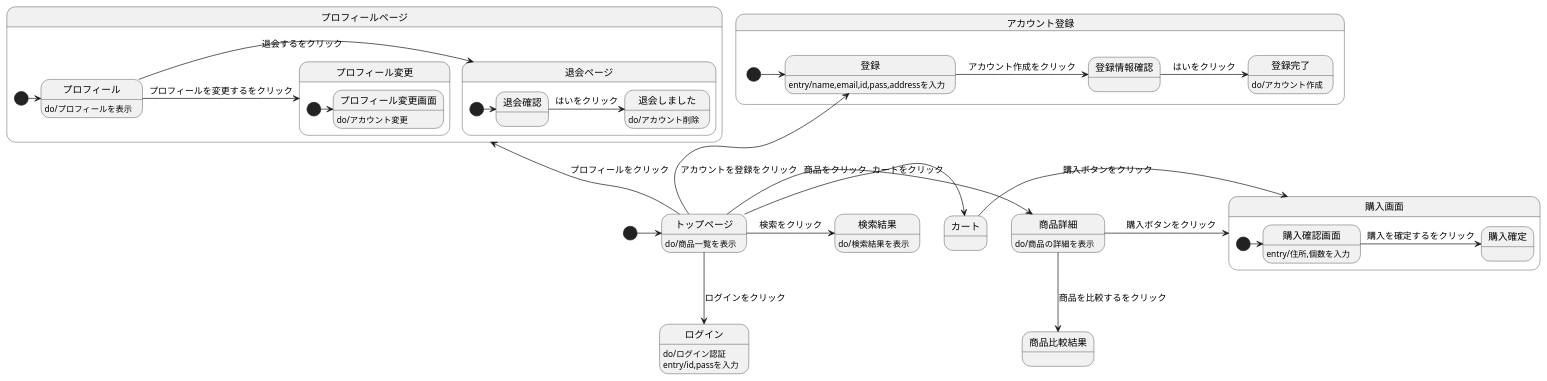
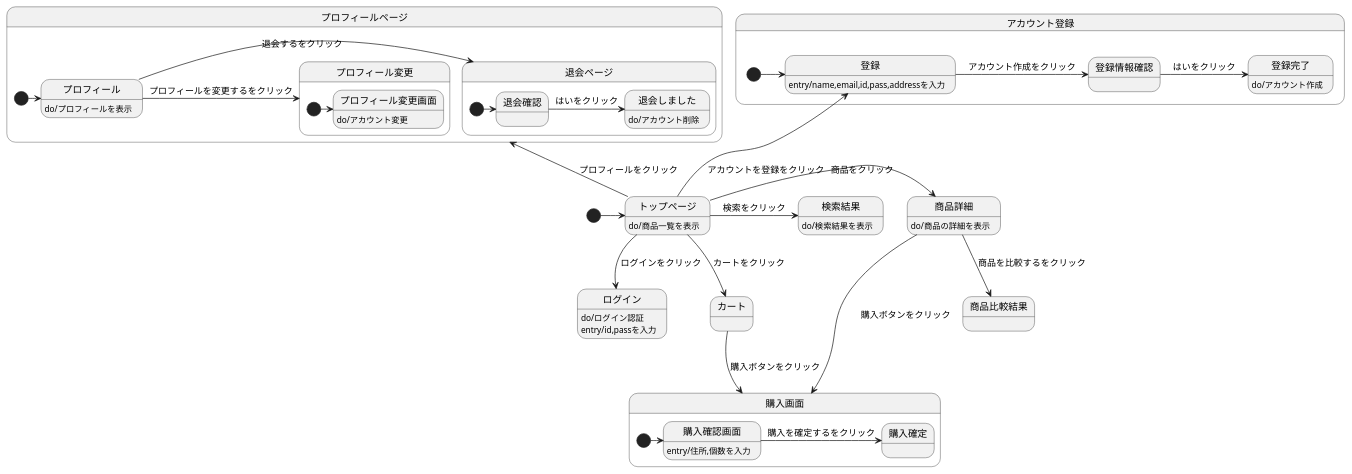
The diagram in stm01.md (Aso2001159/2021sys-design), drawn with PlantUML before and after one commit.

````diff
--- a/stm01.md
+++ b/stm01.md
@@ -1,48 +1,48 @@
 ```uml
 
 @startuml
 [*]->トップページ
 トップページ : do/商品一覧を表示
 トップページ->商品詳細 : 商品をクリック
   商品詳細 : do/商品の詳細を表示
   商品詳細 --> 商品比較結果 : 商品を比較するをクリック
   商品詳細-> 購入画面 :　購入ボタンをクリック
 トップページ-down->ログイン :ログインをクリック
   ログイン : do/ログイン認証
   ログイン : entry/id,passを入力
-トップページ->カート :カートをクリック
-カート -> 購入画面 : 購入ボタンをクリック
+トップページ-->カート :カートをクリック
+カート --> 購入画面 : 購入ボタンをクリック
 state 購入画面{
   [*]-> 購入確認画面
   購入確認画面 : entry/住所,個数を入力
   購入確認画面 -> 購入確定 : 購入を確定するをクリック
 }
 state アカウント登録{
 [*]-> 登録 
   トップページ-up-> 登録 :アカウントを登録をクリック
   登録 : entry/name,email,id,pass,addressを入力
   登録 ->登録情報確認: アカウント作成をクリック
   登録情報確認 -> 登録完了: はいをクリック
     登録完了: do/アカウント作成
   }
 トップページ->検索結果 :検索をクリック
   検索結果 : do/検索結果を表示
 トップページ-up->プロフィールページ :プロフィールをクリック
 state プロフィールページ{
 [*] -> プロフィール
 プロフィール : do/プロフィールを表示
   プロフィール ->退会ページ :退会するをクリック
   state 退会ページ{
     [*]-> 退会確認 
     退会確認-> 退会しました : はいをクリック
       退会しました : do/アカウント削除
     }
     プロフィール -> プロフィール変更 : プロフィールを変更するをクリック
     state プロフィール変更{
       [*]-> プロフィール変更画面
       プロフィール変更画面 : do/アカウント変更
     }
  }
 @enduml
 
 ```
````
